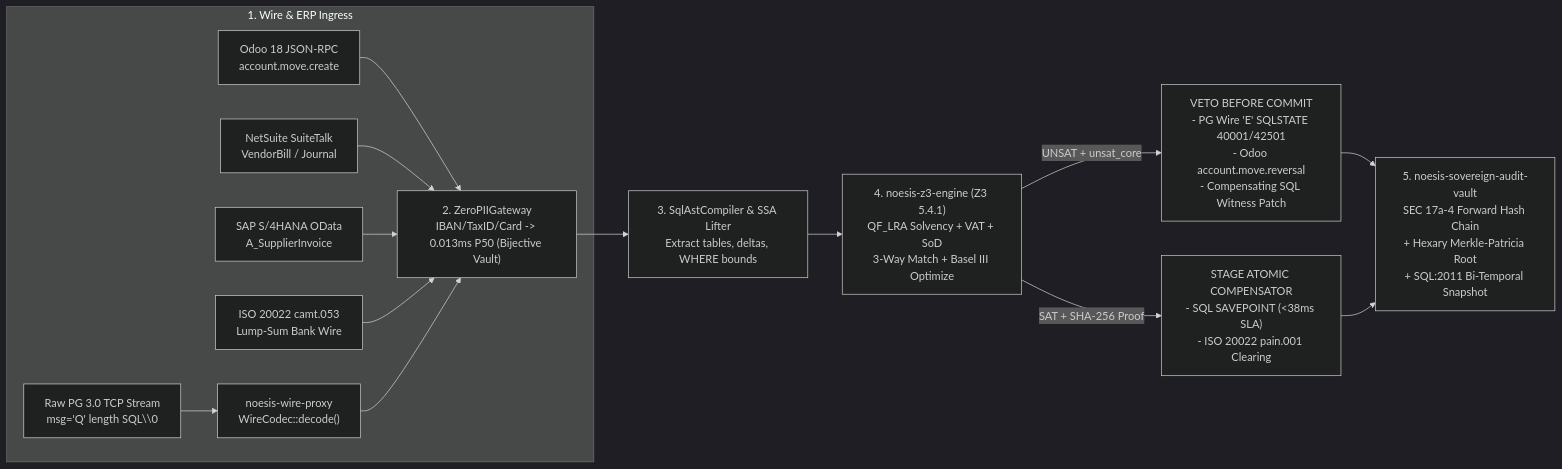
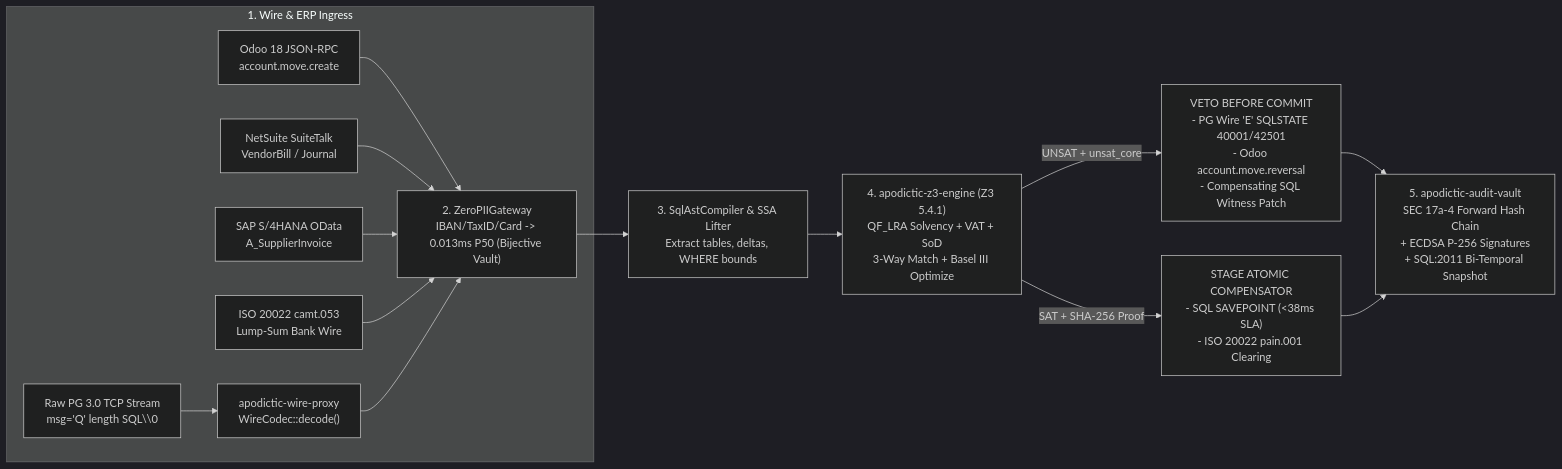
One commit to sofiantarek2009-hash/apodictic-verified-proofs changed the diagram in gists/02-critical-path-multi-erp-lifecycle/01-CRITICAL-PATH-STATES.mermaid. Above: the diagram before and after it, drawn with Mermaid (dark theme). The commit also changed 61 other files, not shown here.

```diff
--- a/gists/02-critical-path-multi-erp-lifecycle/01-CRITICAL-PATH-STATES.mermaid
+++ b/gists/02-critical-path-multi-erp-lifecycle/01-CRITICAL-PATH-STATES.mermaid
@@ -1,19 +1,19 @@
 flowchart LR
     subgraph Ingress["1. Wire & ERP Ingress"]
-        PG["Raw PG 3.0 TCP Stream\nmsg='Q' length SQL\\0"] --> WIRE["noesis-wire-proxy\nWireCodec::decode()"]
+        PG["Raw PG 3.0 TCP Stream\nmsg='Q' length SQL\\0"] --> WIRE["apodictic-wire-proxy\nWireCodec::decode()"]
         ODOO_IN["Odoo 18 JSON-RPC\naccount.move.create"] --> DLP
         NS_IN["NetSuite SuiteTalk\nVendorBill / Journal"] --> DLP
         SAP_IN["SAP S/4HANA OData\nA_SupplierInvoice"] --> DLP
         BANK_IN["ISO 20022 camt.053\nLump-Sum Bank Wire"] --> DLP
     end
 
     WIRE --> DLP["2. ZeroPIIGateway\nIBAN/TaxID/Card -> <SYM_*>\n0.013ms P50 (Bijective Vault)"]
 
     DLP --> PARSE["3. SqlAstCompiler & SSA Lifter\nExtract tables, deltas, WHERE bounds"]
-    PARSE --> Z3["4. noesis-z3-engine (Z3 5.4.1)\nQF_LRA Solvency + VAT + SoD\n3-Way Match + Basel III Optimize"]
+    PARSE --> Z3["4. apodictic-z3-engine (Z3 5.4.1)\nQF_LRA Solvency + VAT + SoD\n3-Way Match + Basel III Optimize"]
 
     Z3 -->|"UNSAT + unsat_core"| BLOCK["VETO BEFORE COMMIT\n- PG Wire 'E' SQLSTATE 40001/42501\n- Odoo account.move.reversal\n- Compensating SQL Witness Patch"]
     Z3 -->|"SAT + SHA-256 Proof"| COMMIT["STAGE ATOMIC COMPENSATOR\n- SQL SAVEPOINT (<38ms SLA)\n- ISO 20022 pain.001 Clearing"]
 
-    BLOCK --> VAULT["5. noesis-sovereign-audit-vault\nSEC 17a-4 Forward Hash Chain\n+ Hexary Merkle-Patricia Root\n+ SQL:2011 Bi-Temporal Snapshot"]
+    BLOCK --> VAULT["5. apodictic-audit-vault\nSEC 17a-4 Forward Hash Chain\n+ ECDSA P-256 Signatures\n+ SQL:2011 Bi-Temporal Snapshot"]
     COMMIT --> VAULT
```
